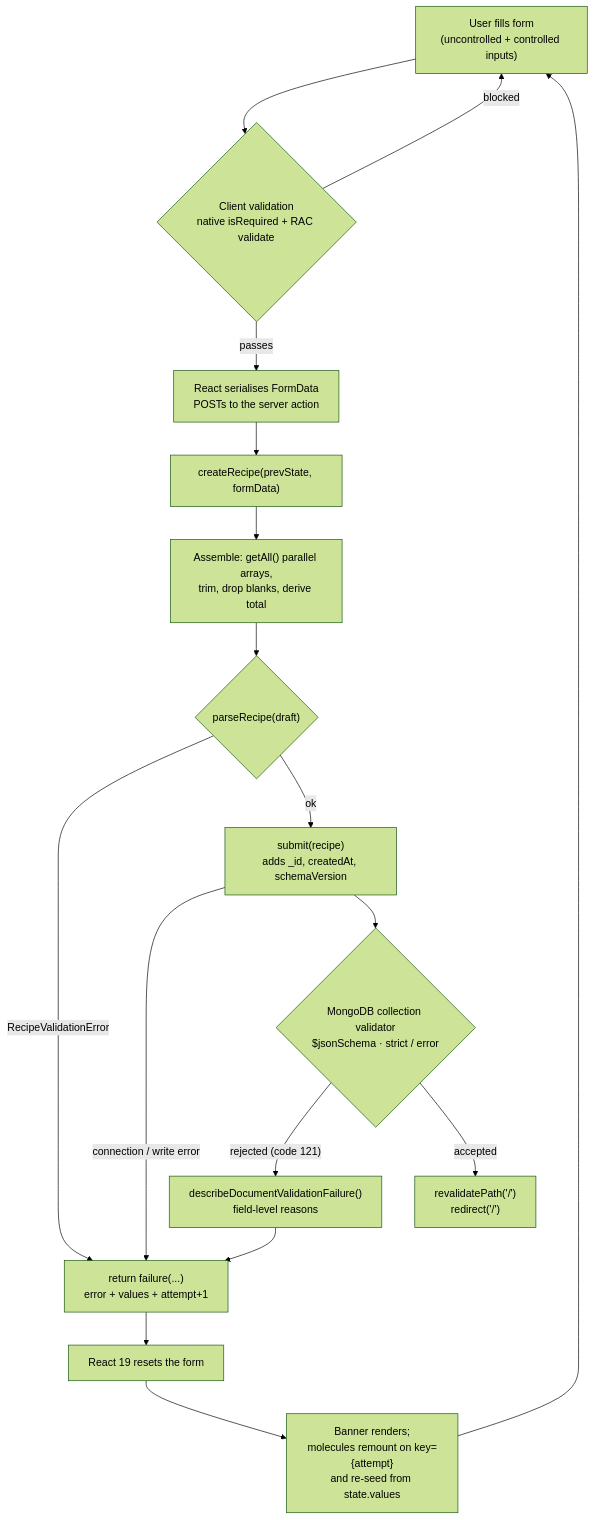
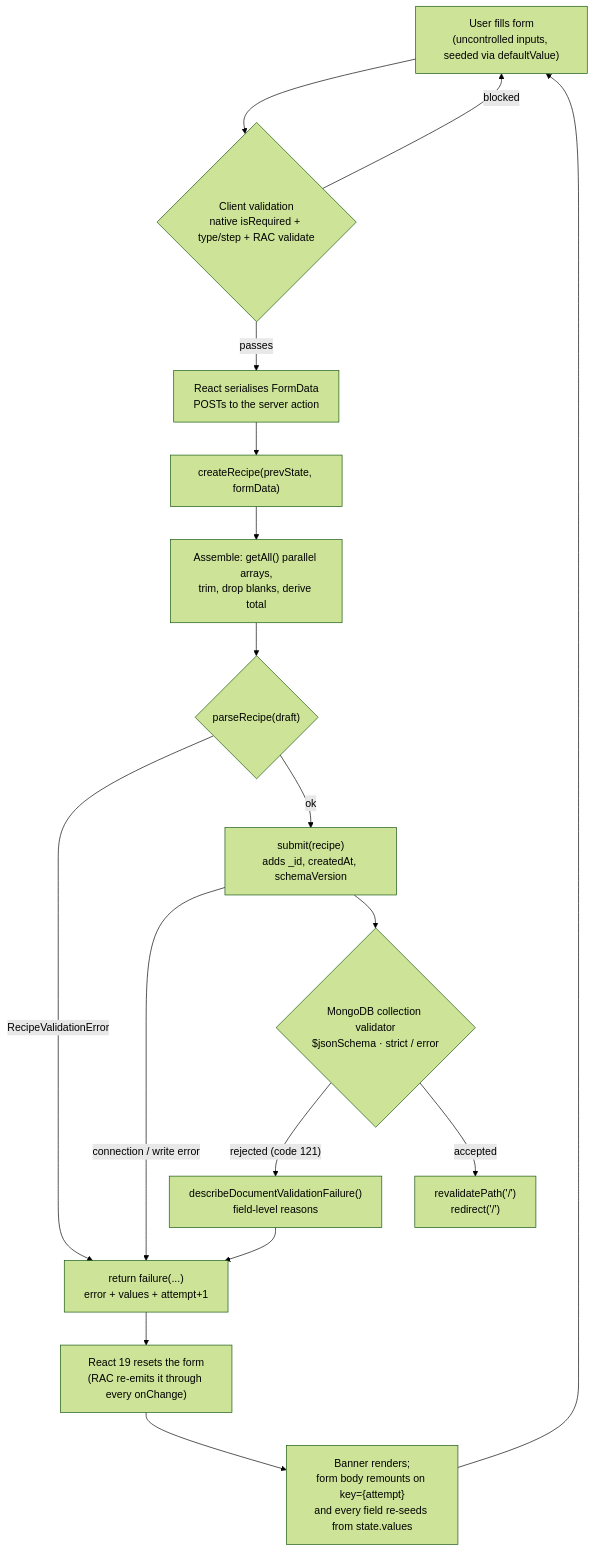
One commit to philiplane5000/recipe-cart-next changed the diagram in docs/create-recipe-form.md. Above: the diagram before and after it, drawn with Mermaid (forest theme). The commit also changed other lines of this file and 8 other files, not shown here.

````diff
--- a/docs/create-recipe-form.md
+++ b/docs/create-recipe-form.md
@@ -35,19 +35,19 @@
 ```mermaid
 flowchart TD
-    A["User fills form<br/>(uncontrolled + controlled inputs)"] --> B{"Client validation<br/>native isRequired + RAC validate"}
+    A["User fills form<br/>(uncontrolled inputs, seeded via defaultValue)"] --> B{"Client validation<br/>native isRequired + type/step + RAC validate"}
     B -- blocked --> A
     B -- passes --> C["React serialises FormData<br/>POSTs to the server action"]
     C --> D["createRecipe(prevState, formData)"]
     D --> E["Assemble: getAll() parallel arrays,<br/>trim, drop blanks, derive total"]
     E --> F{"parseRecipe(draft)"}
     F -- RecipeValidationError --> G["return failure(...)<br/>error + values + attempt+1"]
     F -- ok --> H["submit(recipe)<br/>adds _id, createdAt, schemaVersion"]
     H -- "connection / write error" --> G
     H --> V{"MongoDB collection validator<br/>$jsonSchema · strict / error"}
     V -- "rejected (code 121)" --> R["describeDocumentValidationFailure()<br/>field-level reasons"]
     R --> G
     V -- accepted --> I["revalidatePath('/')<br/>redirect('/')"]
-    G --> J["React 19 resets the form"]
-    J --> K["Banner renders;<br/>molecules remount on key={attempt}<br/>and re-seed from state.values"]
+    G --> J["React 19 resets the form<br/>(RAC re-emits it through every onChange)"]
+    J --> K["Banner renders;<br/>form body remounts on key={attempt}<br/>and every field re-seeds from state.values"]
     K --> A
 ```
````
